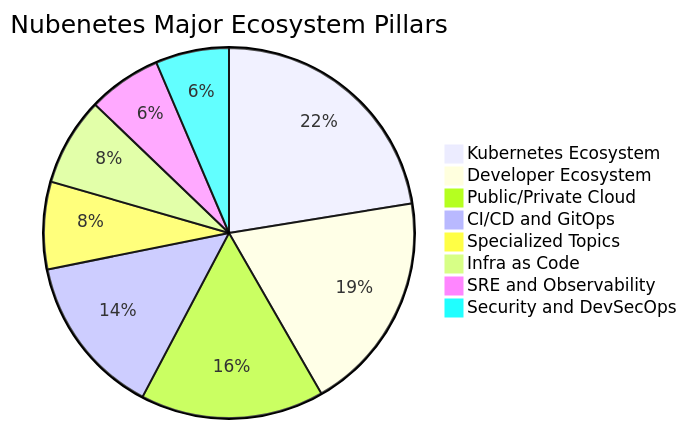
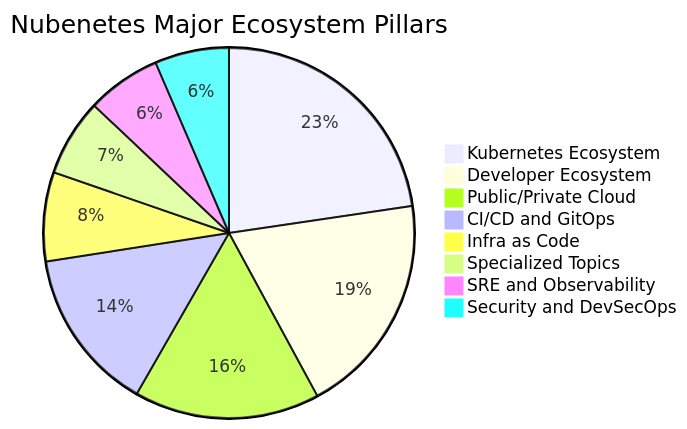
The first of 9 diagrams in README.md (nubenetes/awesome-kubernetes), drawn with Mermaid before and after one commit. The commit also changed other lines of this file, not shown here.

````diff
--- a/README.md
+++ b/README.md
@@ -184,11 +184,11 @@
 ```mermaid
 pie title Nubenetes Major Ecosystem Pillars
     "Kubernetes Ecosystem" : 3500
     "Developer Ecosystem" : 3000
     "Public/Private Cloud" : 2500
     "CI/CD and GitOps" : 2200
-    "Specialized Topics" : 1190
     "Infra as Code" : 1200
+    "Specialized Topics" : 1041
     "SRE and Observability" : 1000
     "Security and DevSecOps" : 1000
 ```
````
